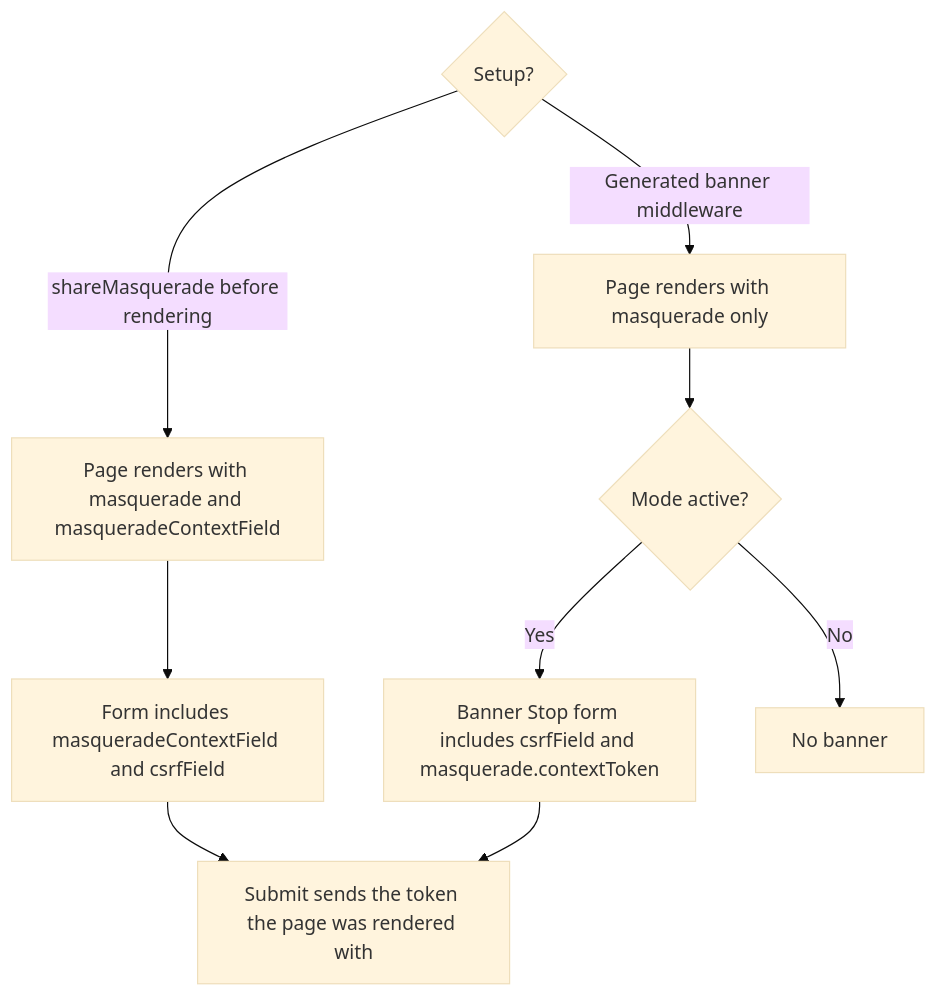
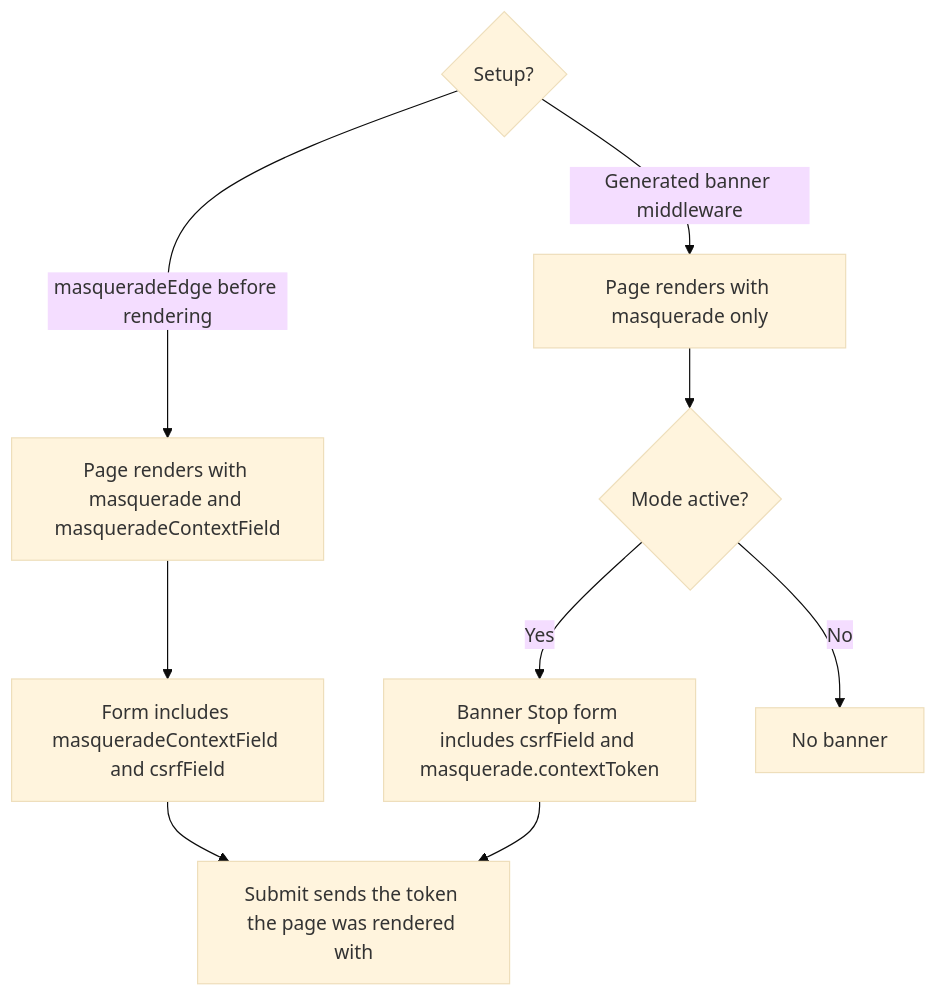
The first of 2 diagrams in user-stories/submit-context-token/us-context-02-share-edge-context.md (Kevinjohn/oss-adonisjs-masquerade), drawn with Mermaid (base theme) before and after one commit. The commit also changed other lines of this file and 293 other files, not shown here.

````diff
--- a/user-stories/submit-context-token/us-context-02-share-edge-context.md
+++ b/user-stories/submit-context-token/us-context-02-share-edge-context.md
@@ -22,11 +22,11 @@
 ```mermaid
 flowchart TD
-    A{"Setup?"} -->|shareMasquerade before rendering| B["Page renders with masquerade and masqueradeContextField"]
+    A{"Setup?"} -->|masqueradeEdge before rendering| B["Page renders with masquerade and masqueradeContextField"]
     A -->|Generated banner middleware| H["Page renders with masquerade only"]
     B --> F["Form includes masqueradeContextField and csrfField"]
     H --> C{"Mode active?"}
     C -->|Yes| D["Banner Stop form includes csrfField and masquerade.contextToken"]
     C -->|No| E["No banner"]
     F --> G["Submit sends the token the page was rendered with"]
     D --> G
 ```
````
